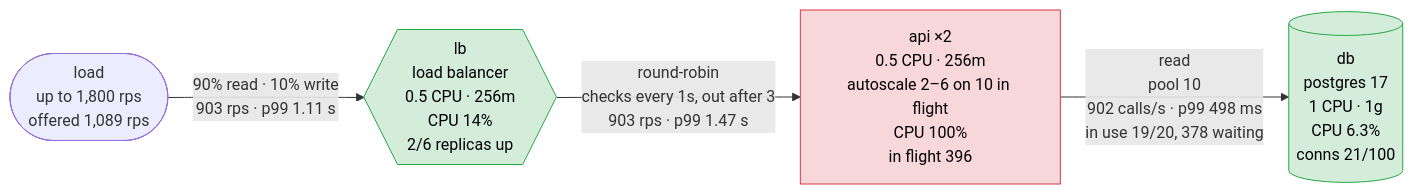
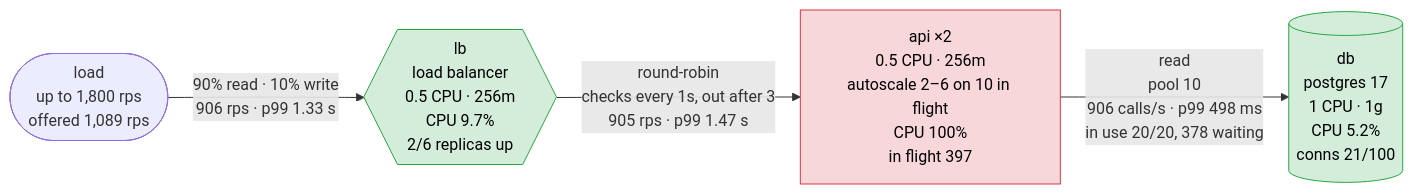
One commit to akinfemi/load-lore changed the first of 5 diagrams in scenarios/featured-on-hacker-news/solutions/scale-on-inflight/report.md. Above: the diagram before and after it, drawn with Mermaid. The commit also changed other lines of this file and 49 other files, not shown here.

````diff
--- a/scenarios/featured-on-hacker-news/solutions/scale-on-inflight/report.md
+++ b/scenarios/featured-on-hacker-news/solutions/scale-on-inflight/report.md
@@ -15,15 +15,15 @@
 ```mermaid
 flowchart LR
     load(["load<br/>up to 1,800 rps<br/>offered 1,089 rps"])
-    lb{{"lb<br/>load balancer<br/>0.5 CPU · 256m<br/>CPU 14%<br/>2/6 replicas up"}}
-    api["api ×2<br/>0.5 CPU · 256m<br/>autoscale 2–6 on 10 in flight<br/>CPU 100%<br/>in flight 396"]
-    db[("db<br/>postgres 17<br/>1 CPU · 1g<br/>CPU 6.3%<br/>conns 21/100")]
-    load -->|"90% read · 10% write<br/>903 rps · p99 1.11 s"| lb
-    lb -->|"round-robin<br/>checks every 1s, out after 3<br/>903 rps · p99 1.47 s"| api
-    api -->|"read<br/>pool 10<br/>902 calls/s · p99 498 ms<br/>in use 19/20, 378 waiting"| db
+    lb{{"lb<br/>load balancer<br/>0.5 CPU · 256m<br/>CPU 9.7%<br/>2/6 replicas up"}}
+    api["api ×2<br/>0.5 CPU · 256m<br/>autoscale 2–6 on 10 in flight<br/>CPU 100%<br/>in flight 397"]
+    db[("db<br/>postgres 17<br/>1 CPU · 1g<br/>CPU 5.2%<br/>conns 21/100")]
+    load -->|"90% read · 10% write<br/>906 rps · p99 1.33 s"| lb
+    lb -->|"round-robin<br/>checks every 1s, out after 3<br/>905 rps · p99 1.47 s"| api
+    api -->|"read<br/>pool 10<br/>906 calls/s · p99 498 ms<br/>in use 20/20, 378 waiting"| db
     classDef ok fill:#d4edda,stroke:#28a745,color:#000
     classDef warm fill:#fff3cd,stroke:#d39e00,color:#000
     classDef hot fill:#f8d7da,stroke:#dc3545,color:#000
     class lb,db ok
     class api hot
 ```
````
